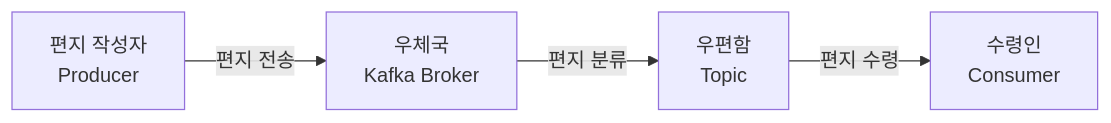
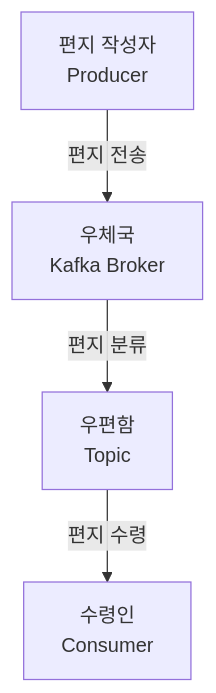
The first of 12 diagrams in _posts/2025-10-12-apache-kafka-concepts.md (mxxikr/mxxikr.github.io), drawn with Mermaid before and after one commit. The commit also changed other lines of this file and 2 other files, not shown here.

```diff
--- a/_posts/2025-10-12-apache-kafka-concepts.md
+++ b/_posts/2025-10-12-apache-kafka-concepts.md
@@ -34,6 +35,6 @@
     <div class="mermaid">
-    graph LR
+    graph TD
         A[편지 작성자<br>Producer] -->|편지 전송| B[우체국<br>Kafka Broker]
         B -->|편지 분류| C[우편함<br>Topic]
         C -->|편지 수령| D[수령인<br>Consumer]
     </div>
```
